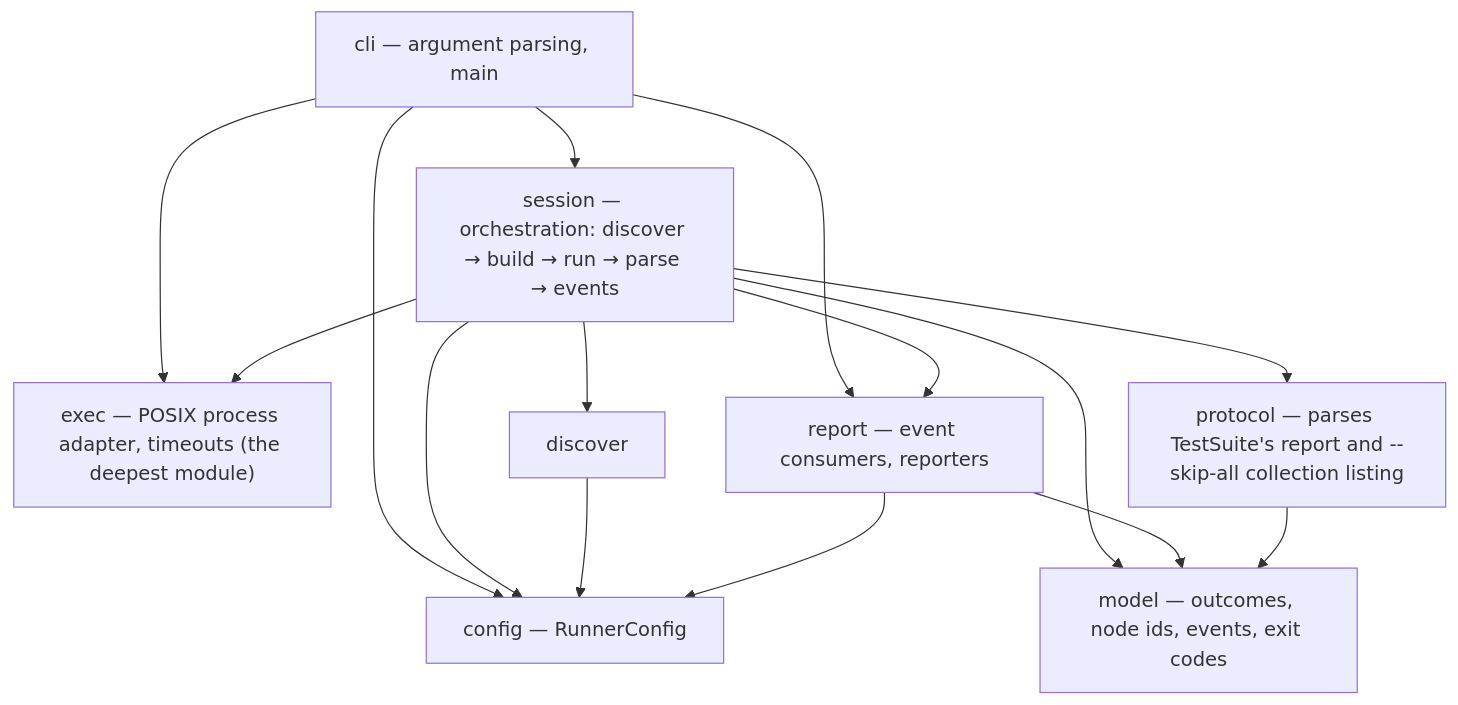
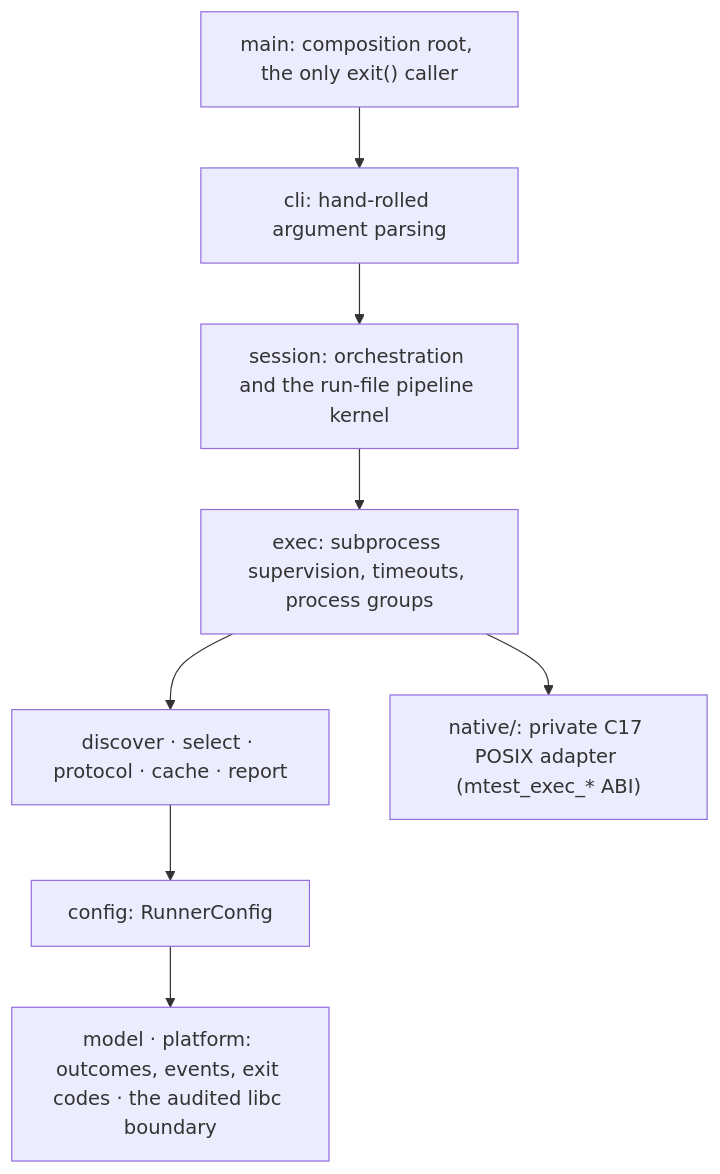
Before and after one commit to mikeleppane/mtest: the diagram in README.md, drawn with Mermaid. The commit also changed other lines of this file and 3 other files, not shown here.

````diff
--- a/README.md
+++ b/README.md
@@ -1011,26 +478,14 @@
 ```mermaid
 flowchart TD
-    cli["cli — argument parsing, main"]
-    session["session — orchestration: discover → build → run → parse → events"]
-    exec["exec — POSIX process adapter, timeouts (the deepest module)"]
-    discover["discover"]
-    protocol["protocol — parses TestSuite's report and --skip-all collection listing"]
-    report["report — event consumers, reporters"]
-    config["config — RunnerConfig"]
-    model["model — outcomes, node ids, events, exit codes"]
+    main["main: composition root, the only exit() caller"]
+    cli["cli: hand-rolled argument parsing"]
+    session["session: orchestration and the run-file pipeline kernel"]
+    exec["exec: subprocess supervision, timeouts, process groups"]
+    mid["discover · select · protocol · cache · report"]
+    config["config: RunnerConfig"]
+    leaves["model · platform: outcomes, events, exit codes · the audited libc boundary"]
+    native["native/: private C17 POSIX adapter (mtest_exec_* ABI)"]
 
-    cli --> config
-    cli --> exec
-    cli --> report
-    cli --> session
-    session --> discover
-    session --> exec
-    session --> report
-    session --> model
-    session --> config
-    session --> protocol
-    discover --> config
-    report --> config
-    report --> model
-    protocol --> model
+    main --> cli --> session --> exec --> mid --> config --> leaves
+    exec --> native
 ```
````
